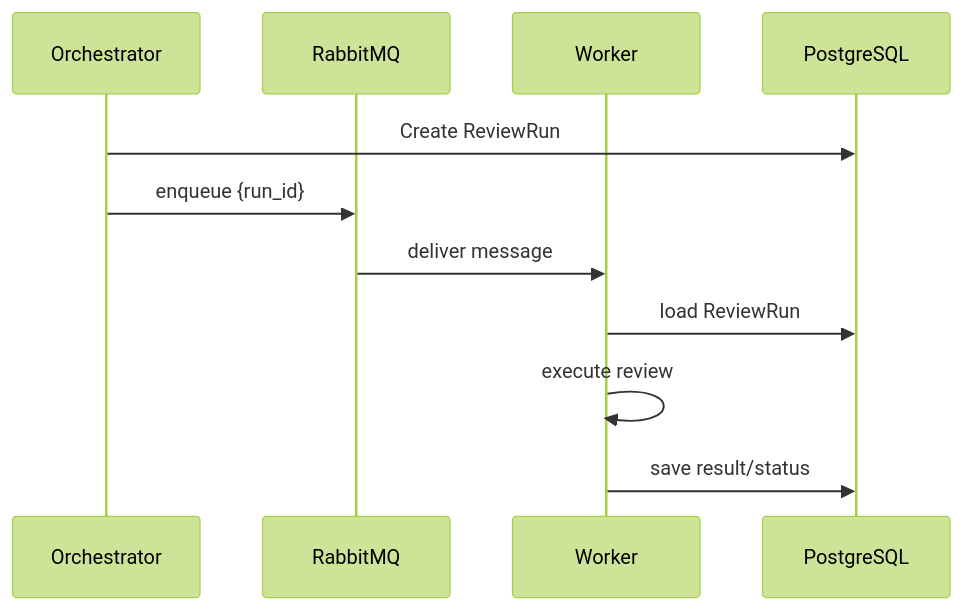
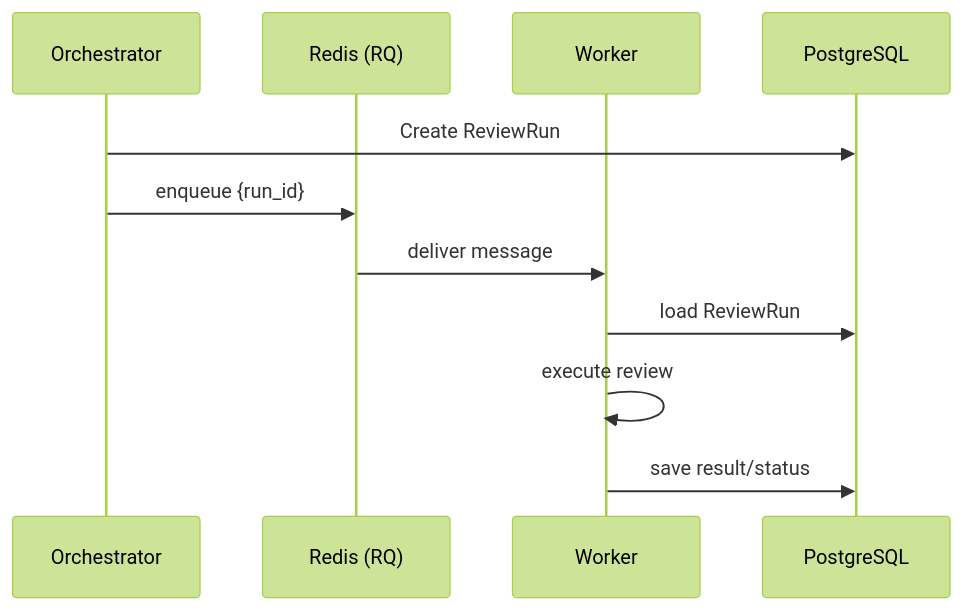
Before and after one commit to larchanka-training/dmc-268-api-t3: the sixth of 11 diagrams in SYSTEM_DESIGN.md, drawn with Mermaid (forest theme). The commit also changed other lines of this file and 2 other files, not shown here.

Commit message:
docs: switch v1 queue from RabbitMQ to Redis/RQ

````diff
--- a/SYSTEM_DESIGN.md
+++ b/SYSTEM_DESIGN.md
@@ -196,13 +196,13 @@
 ```mermaid
 sequenceDiagram
     participant O as Orchestrator
-    participant Q as RabbitMQ
+    participant Q as Redis (RQ)
     participant W as Worker
     participant DB as PostgreSQL
     O->>DB: Create ReviewRun
     O->>Q: enqueue {run_id}
     Q->>W: deliver message
     W->>DB: load ReviewRun
     W->>W: execute review
     W->>DB: save result/status
 ```
````
